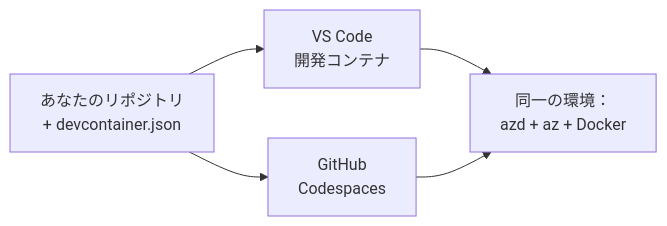
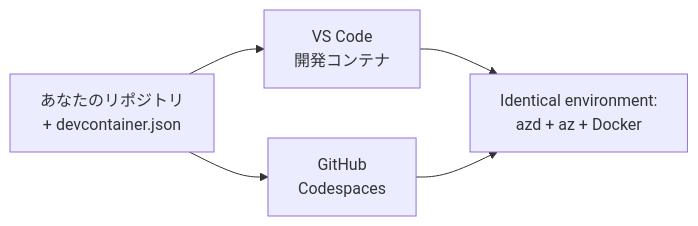
One commit to microsoft/AZD-for-beginners changed the diagram in translations/ja/docs/chapter-01-foundation/dev-containers.md. Above: the diagram before and after it, drawn with Mermaid. The commit also changed other lines of this file and 60 other files, not shown here.

````diff
--- a/translations/ja/docs/chapter-01-foundation/dev-containers.md
+++ b/translations/ja/docs/chapter-01-foundation/dev-containers.md
@@ -41,7 +41,7 @@
 ```mermaid
 graph LR
     Repo[あなたのリポジトリ<br/>+ devcontainer.json] --> VSCode[VS Code<br/>開発コンテナ]
     Repo --> Codespaces[GitHub<br/>Codespaces]
-    VSCode --> Env[同一の環境：<br/>azd + az + Docker]
+    VSCode --> Env[Identical environment:<br/>azd + az + Docker]
     Codespaces --> Env
 ```
````
